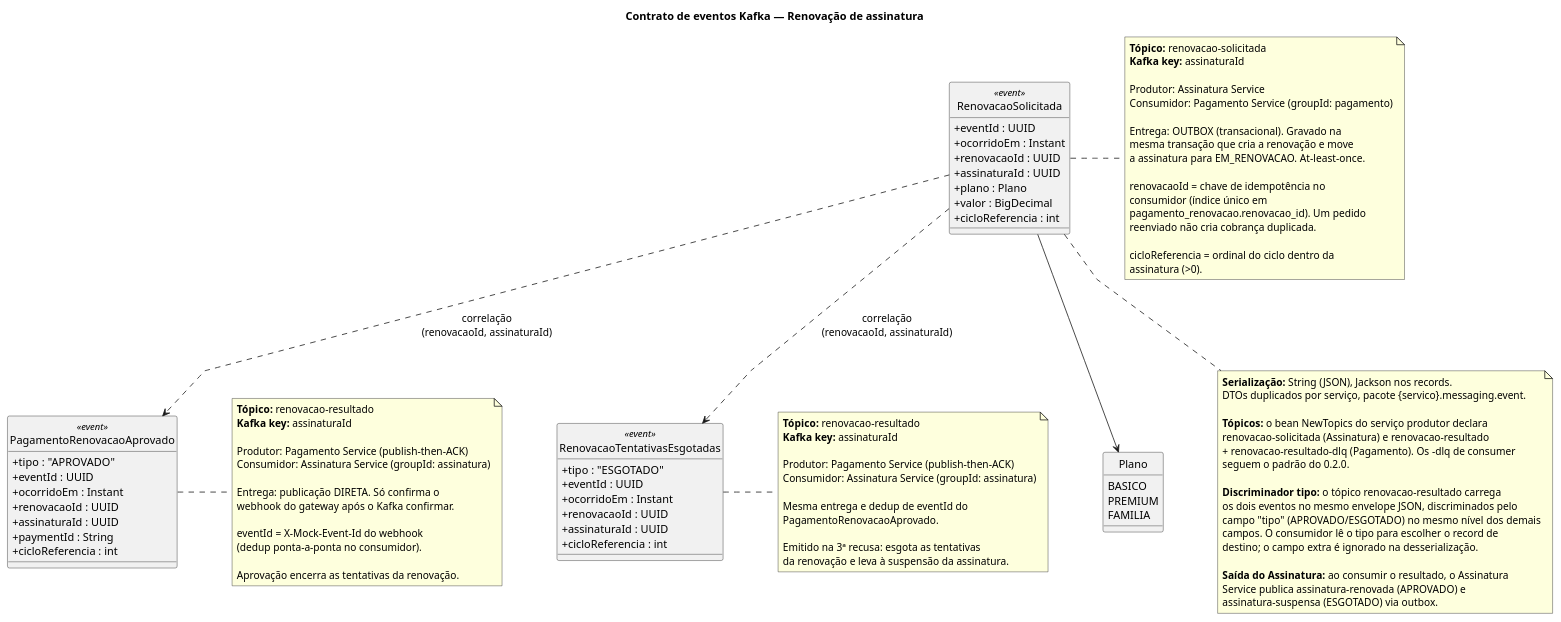
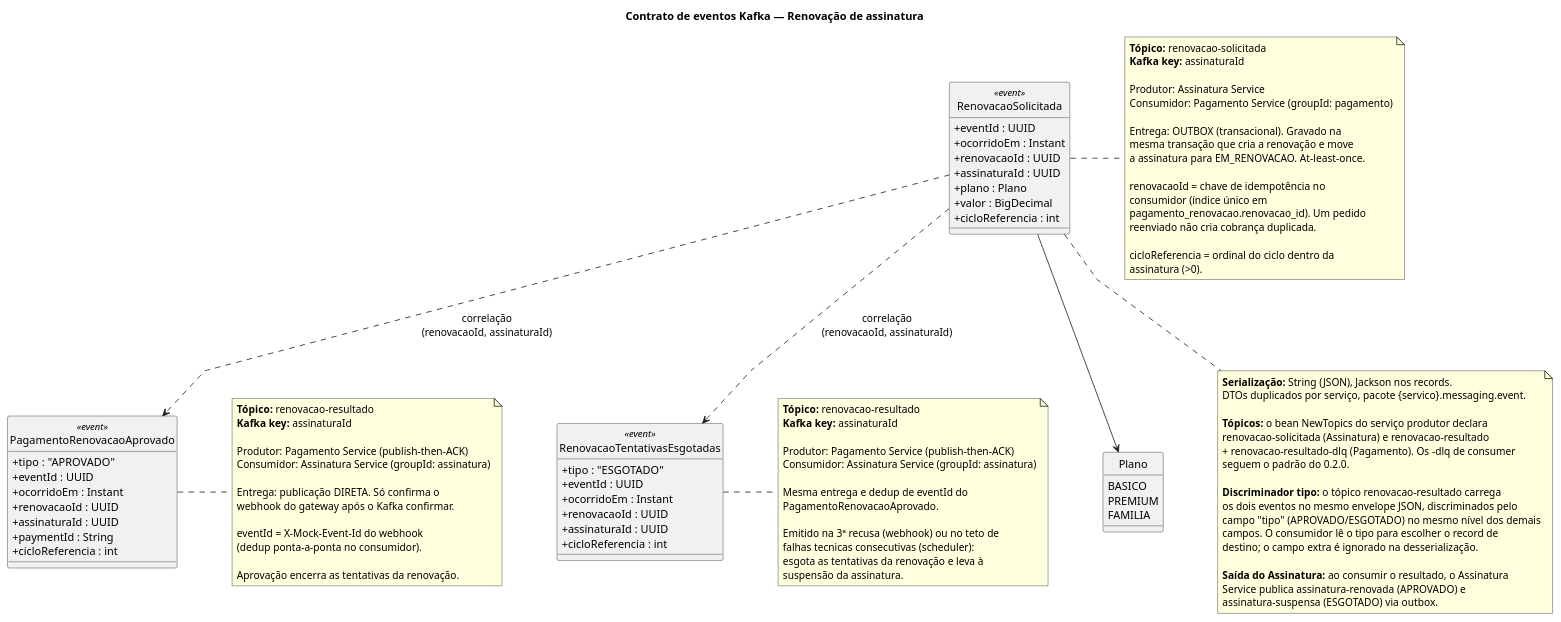
The diagram in docs/contratos/contrato-eventos-renovacao.puml (fabriciosouza21/assinatura), drawn with PlantUML before and after one commit.

Commit message:
docs: atualiza contrato de eventos de renovacao com teto de falhas tecnicas

```diff
--- a/docs/contratos/contrato-eventos-renovacao.puml
+++ b/docs/contratos/contrato-eventos-renovacao.puml
@@ -1,119 +1,121 @@
 @startuml
 title Contrato de eventos Kafka — Renovação de assinatura
 
 hide circle
 skinparam classAttributeIconSize 0
 skinparam linetype polyline
 skinparam nodesep 70
 skinparam ranksep 80
 
 class RenovacaoSolicitada <<event>> {
   + eventId : UUID
   + ocorridoEm : Instant
   + renovacaoId : UUID
   + assinaturaId : UUID
   + plano : Plano
   + valor : BigDecimal
   + cicloReferencia : int
 }
 
 class PagamentoRenovacaoAprovado <<event>> {
   + tipo : "APROVADO"
   + eventId : UUID
   + ocorridoEm : Instant
   + renovacaoId : UUID
   + assinaturaId : UUID
   + paymentId : String
   + cicloReferencia : int
 }
 
 class RenovacaoTentativasEsgotadas <<event>> {
   + tipo : "ESGOTADO"
   + eventId : UUID
   + ocorridoEm : Instant
   + renovacaoId : UUID
   + assinaturaId : UUID
   + cicloReferencia : int
 }
 
 enum Plano {
   BASICO
   PREMIUM
   FAMILIA
 }
 
 RenovacaoSolicitada ..> PagamentoRenovacaoAprovado : correlação\n(renovacaoId, assinaturaId)
 RenovacaoSolicitada ..> RenovacaoTentativasEsgotadas : correlação\n(renovacaoId, assinaturaId)
 RenovacaoSolicitada --> Plano
 
 note right of RenovacaoSolicitada
   **Tópico:** renovacao-solicitada
   **Kafka key:** assinaturaId
 
   Produtor: Assinatura Service
   Consumidor: Pagamento Service (groupId: pagamento)
 
   Entrega: OUTBOX (transacional). Gravado na
   mesma transação que cria a renovação e move
   a assinatura para EM_RENOVACAO. At-least-once.
 
   renovacaoId = chave de idempotência no
   consumidor (índice único em
   pagamento_renovacao.renovacao_id). Um pedido
   reenviado não cria cobrança duplicada.
 
   cicloReferencia = ordinal do ciclo dentro da
   assinatura (>0).
 end note
 
 note right of PagamentoRenovacaoAprovado
   **Tópico:** renovacao-resultado
   **Kafka key:** assinaturaId
 
   Produtor: Pagamento Service (publish-then-ACK)
   Consumidor: Assinatura Service (groupId: assinatura)
 
   Entrega: publicação DIRETA. Só confirma o
   webhook do gateway após o Kafka confirmar.
 
   eventId = X-Mock-Event-Id do webhook
   (dedup ponta-a-ponta no consumidor).
 
   Aprovação encerra as tentativas da renovação.
 end note
 
 note right of RenovacaoTentativasEsgotadas
   **Tópico:** renovacao-resultado
   **Kafka key:** assinaturaId
 
   Produtor: Pagamento Service (publish-then-ACK)
   Consumidor: Assinatura Service (groupId: assinatura)
 
   Mesma entrega e dedup de eventId do
   PagamentoRenovacaoAprovado.
 
-  Emitido na 3ª recusa: esgota as tentativas
-  da renovação e leva à suspensão da assinatura.
+  Emitido na 3ª recusa (webhook) ou no teto de
+  falhas tecnicas consecutivas (scheduler):
+  esgota as tentativas da renovação e leva à
+  suspensão da assinatura.
 end note
 
 note bottom of RenovacaoSolicitada
   **Serialização:** String (JSON), Jackson nos records.
   DTOs duplicados por serviço, pacote {servico}.messaging.event.
 
   **Tópicos:** o bean NewTopics do serviço produtor declara
   renovacao-solicitada (Assinatura) e renovacao-resultado
   + renovacao-resultado-dlq (Pagamento). Os -dlq de consumer
   seguem o padrão do 0.2.0.
 
   **Discriminador tipo:** o tópico renovacao-resultado carrega
   os dois eventos no mesmo envelope JSON, discriminados pelo
   campo "tipo" (APROVADO/ESGOTADO) no mesmo nível dos demais
   campos. O consumidor lê o tipo para escolher o record de
   destino; o campo extra é ignorado na desserialização.
 
   **Saída do Assinatura:** ao consumir o resultado, o Assinatura
   Service publica assinatura-renovada (APROVADO) e
   assinatura-suspensa (ESGOTADO) via outbox.
 end note
 
 @enduml
```
